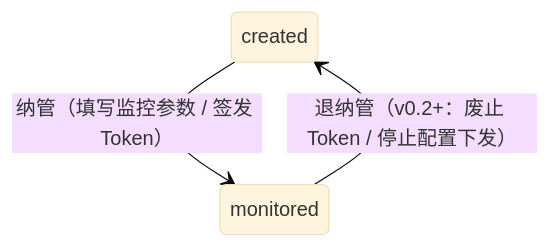
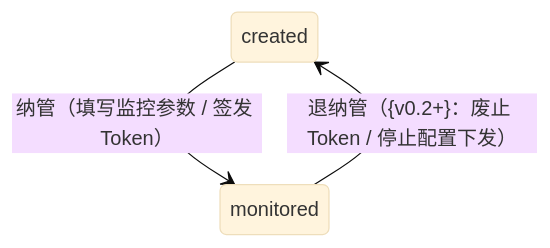
One commit to vickiechen1128/CNCF_Monitor changed the eighth of 8 diagrams in docs/02-product-requirements/Modules/Module_09_Network_Domain_and_Edge_Config_Center.md. Above: the diagram before and after it, drawn with Mermaid (base theme). The commit also changed other lines of this file and 1 other file, not shown here.

````diff
--- a/docs/02-product-requirements/Modules/Module_09_Network_Domain_and_Edge_Config_Center.md
+++ b/docs/02-product-requirements/Modules/Module_09_Network_Domain_and_Edge_Config_Center.md
@@ -1288,5 +1288,5 @@
 ```mermaid
 stateDiagram-v2
     created --> monitored: 纳管（填写监控参数 / 签发 Token）
-    monitored --> created: 退纳管（v0.2+：废止 Token / 停止配置下发）
+    monitored --> created: 退纳管（{v0.2+}：废止 Token / 停止配置下发）
 ```
````
